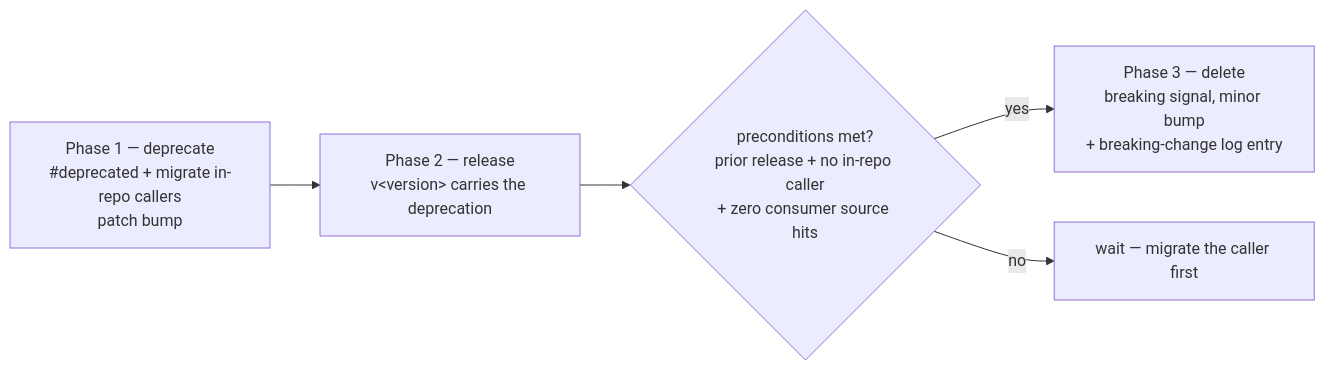
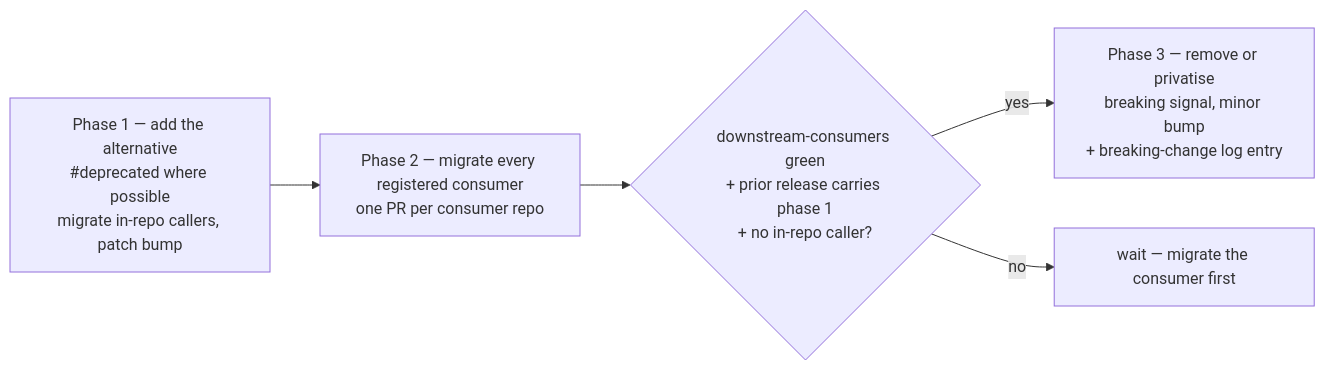
One commit to stSoftwareAU/NEAT-AI-core changed the first of 2 diagrams in RELEASING.md. Above: the diagram before and after it, drawn with Mermaid. The commit also changed other lines of this file and 12 other files, not shown here.

````diff
--- a/RELEASING.md
+++ b/RELEASING.md
@@ -145,11 +188,11 @@
 ```mermaid
 flowchart LR
-    A["Phase 1 — deprecate<br/>#deprecated + migrate in-repo callers<br/>patch bump"]
-    B["Phase 2 — release<br/>v&lt;version&gt; carries the deprecation"]
-    C{"preconditions met?<br/>prior release + no in-repo caller<br/>+ zero consumer source hits"}
-    D["Phase 3 — delete<br/>breaking signal, minor bump<br/>+ breaking-change log entry"]
-    E["wait — migrate the caller first"]
+    A["Phase 1 — add the alternative<br/>#deprecated where possible<br/>migrate in-repo callers, patch bump"]
+    B["Phase 2 — migrate every registered consumer<br/>one PR per consumer repo"]
+    C{"downstream-consumers green<br/>+ prior release carries phase 1<br/>+ no in-repo caller?"}
+    D["Phase 3 — remove or privatise<br/>breaking signal, minor bump<br/>+ breaking-change log entry"]
+    E["wait — migrate the consumer first"]
     A --> B --> C
     C -- "yes" --> D
     C -- "no" --> E
 ```
````
